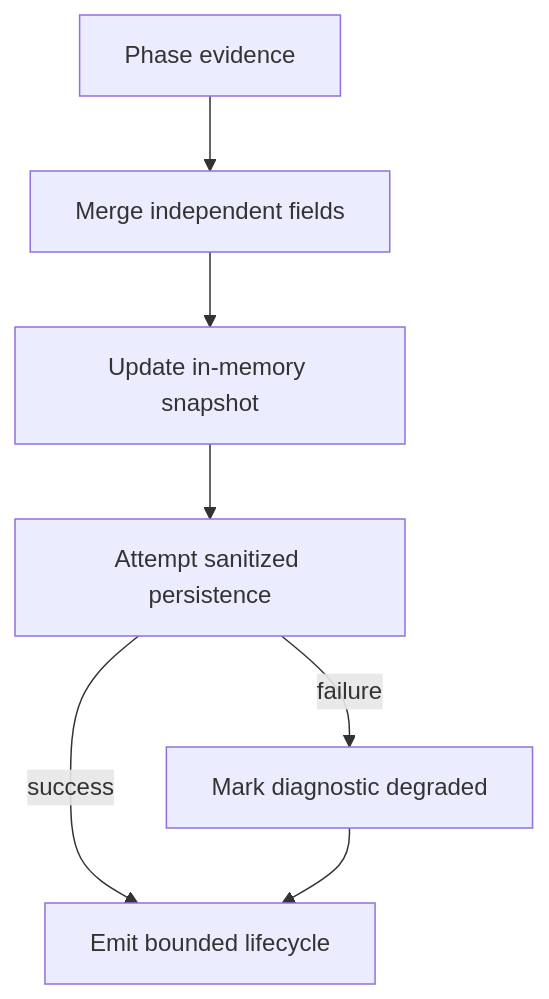
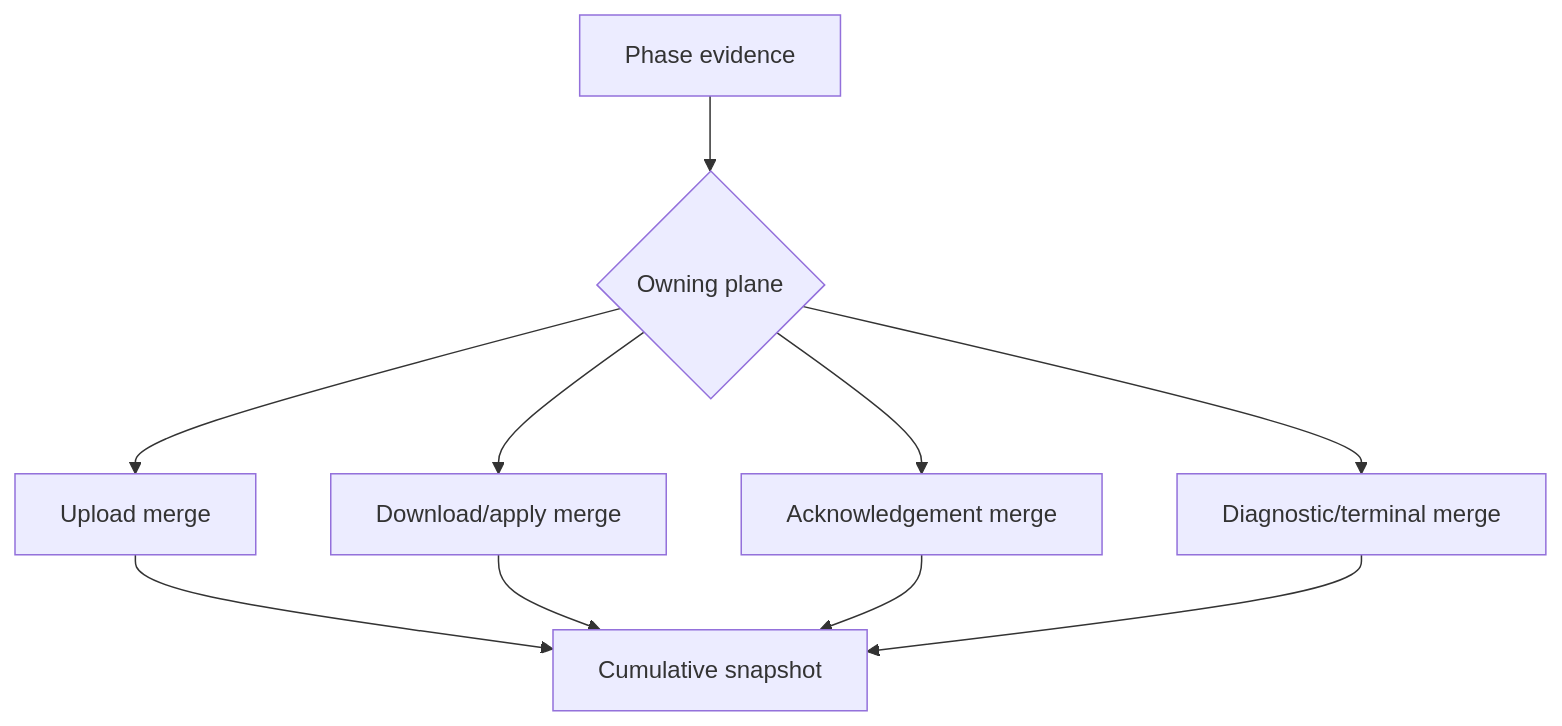
One commit to gus-i-gu/markei changed the diagram in documentation/sketch_notebook/DEV_STAGE/F_DSN_STAGE.md. Above: the diagram before and after it, drawn with Mermaid. The commit also changed other lines of this file and 2 other files, not shown here.

````diff
--- a/documentation/sketch_notebook/DEV_STAGE/F_DSN_STAGE.md
+++ b/documentation/sketch_notebook/DEV_STAGE/F_DSN_STAGE.md
@@ -52,9 +103,12 @@
 ```mermaid
 flowchart TD
-    A["Phase evidence"] --> B["Merge independent fields"]
-    B --> C["Update in-memory snapshot"]
-    C --> D["Attempt sanitized persistence"]
-    D -->|success| E["Emit bounded lifecycle"]
-    D -->|failure| F["Mark diagnostic degraded"]
-    F --> E
+    A["Phase evidence"] --> B{"Owning plane"}
+    B --> C["Upload merge"]
+    B --> D["Download/apply merge"]
+    B --> E["Acknowledgement merge"]
+    B --> F["Diagnostic/terminal merge"]
+    C --> G["Cumulative snapshot"]
+    D --> G
+    E --> G
+    F --> G
 ```
````
